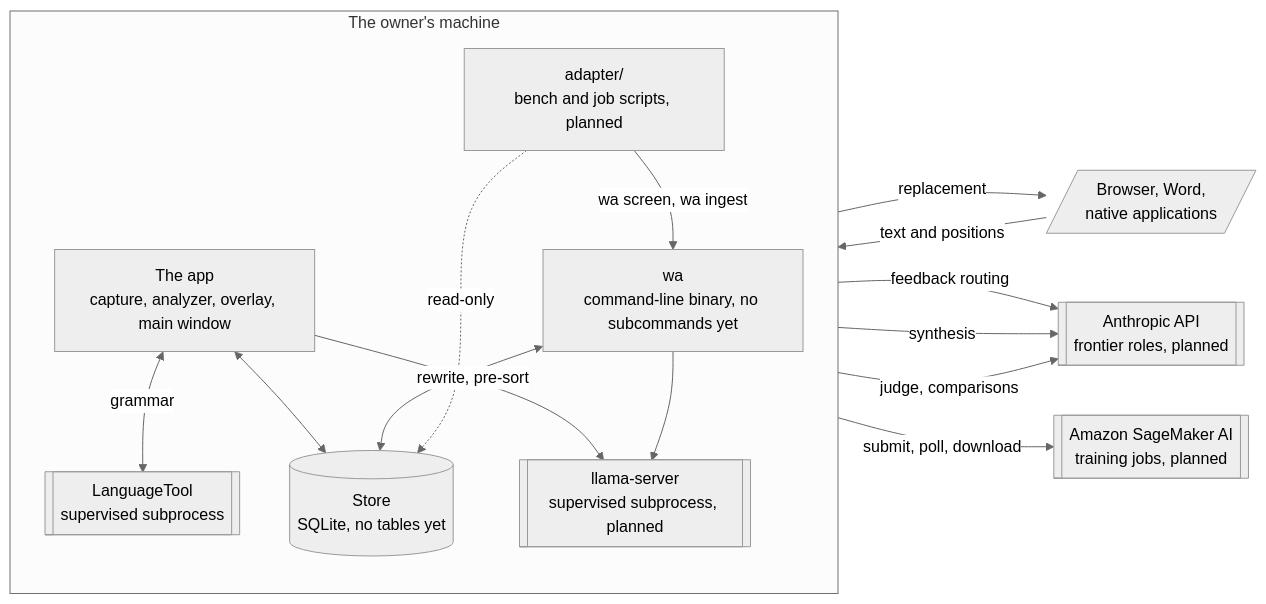
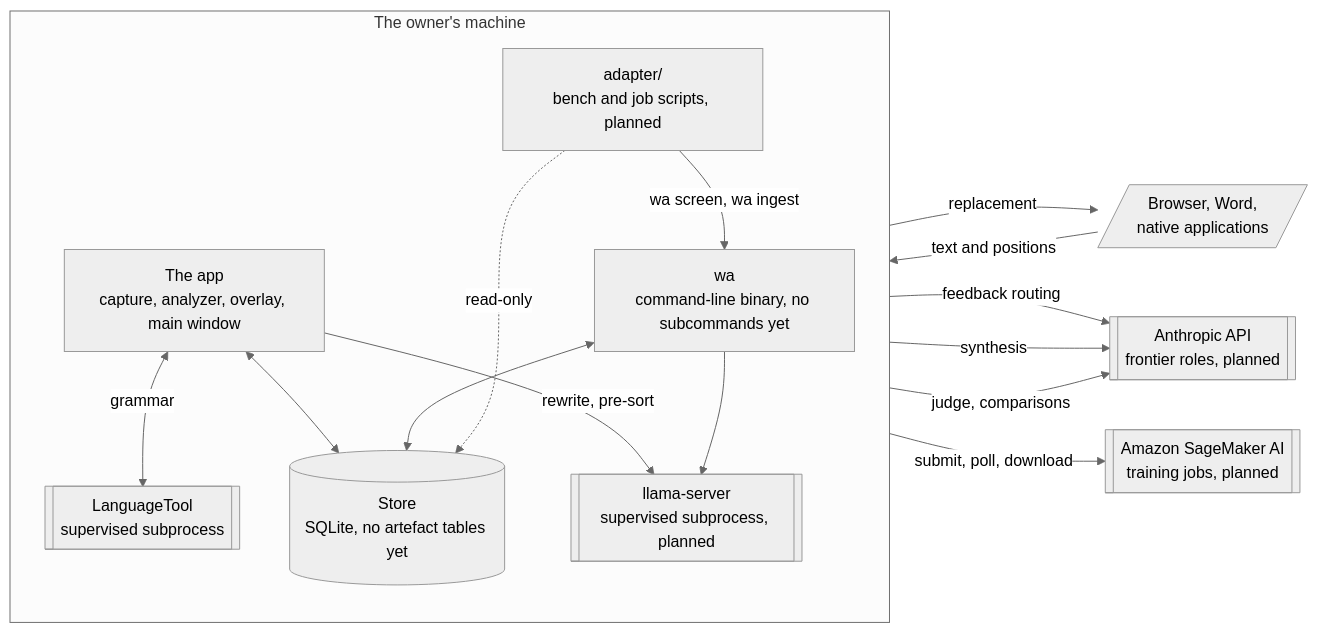
The third of 3 diagrams in README.md (Bernice-Koh/writing-assistant), drawn with Mermaid (neutral theme) before and after one commit. The commit also changed other lines of this file and 2 other files, not shown here.

````diff
--- a/README.md
+++ b/README.md
@@ -360,31 +360,31 @@
 ```mermaid
 flowchart LR
     Apps[/"Browser, Word,<br/>native applications"/]
 
     subgraph Machine["The owner's machine"]
         direction TB
         App["The app<br/>capture, analyzer, overlay, main window"]
         LT[["LanguageTool<br/>supervised subprocess"]]
-        Store[("Store<br/>SQLite, no tables yet")]
+        Store[("Store<br/>SQLite, no artefact tables yet")]
         LS[["llama-server<br/>supervised subprocess, planned"]]
         WA["wa<br/>command-line binary, no subcommands yet"]
         Py["adapter/<br/>bench and job scripts, planned"]
     end
 
     Api[["Anthropic API<br/>frontier roles, planned"]]
     Sage[["Amazon SageMaker AI<br/>training jobs, planned"]]
 
     Apps -->|"text and positions"| App
     App -->|"replacement"| Apps
     App <-->|"grammar"| LT
     App <--> Store
     App -->|"rewrite, pre-sort"| LS
     WA <--> Store
     WA --> LS
     Py -->|"wa screen, wa ingest"| WA
     Py -.->|"read-only"| Store
     App -->|"feedback routing"| Api
     WA -->|"synthesis"| Api
     Py -->|"judge, comparisons"| Api
     Py -->|"submit, poll, download"| Sage
 ```
````
